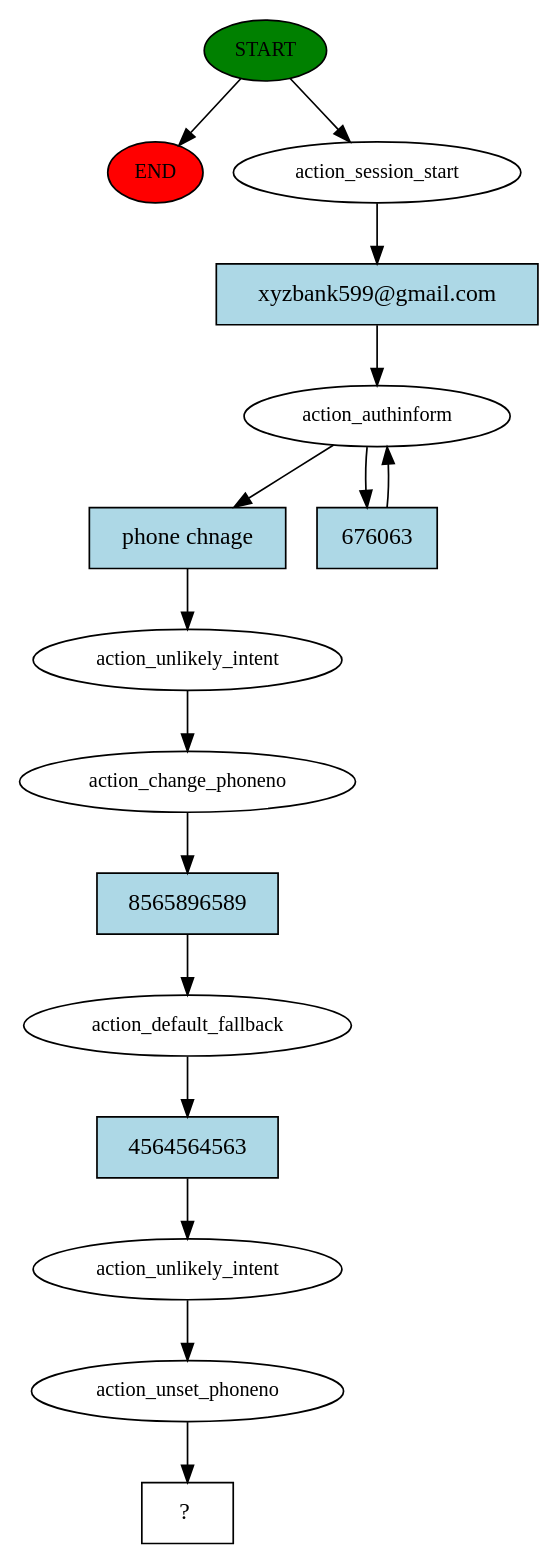
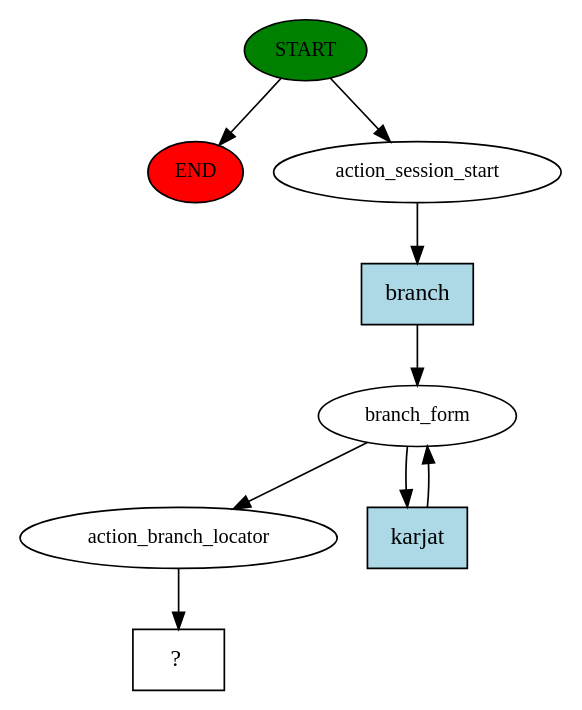
One commit to Atharv157/RasaDjangoChatbot changed the diagram in rasa/story_graph.dot. Above: the diagram before and after it, drawn with Graphviz. The commit also changed 13 other files, not shown here.

Commit message:
added branch locator

```diff
--- a/rasa/story_graph.dot
+++ b/rasa/story_graph.dot
@@ -1,32 +1,18 @@
 digraph  {
 0 [class="start active", fillcolor=green, fontsize=12, label=START, style=filled];
 "-1" [class=end, fillcolor=red, fontsize=12, label=END, style=filled];
 1 [class=active, fontsize=12, label=action_session_start];
-2 [class=active, fontsize=12, label=action_authinform];
-4 [class=active, fontsize=12, label=action_unlikely_intent];
-5 [class=active, fontsize=12, label=action_change_phoneno];
-6 [class=active, fontsize=12, label=action_default_fallback];
-7 [class=active, fontsize=12, label=action_unlikely_intent];
-8 [class=active, fontsize=12, label=action_unset_phoneno];
-9 [class="intent dashed active", label="  ?  ", shape=rect];
-10 [class="intent active", fillcolor=lightblue, label="xyzbank599@gmail.com", shape=rect, style=filled];
-11 [class="intent active", fillcolor=lightblue, label="phone chnage", shape=rect, style=filled];
-12 [class="intent active", fillcolor=lightblue, label=676063, shape=rect, style=filled];
-13 [class="intent active", fillcolor=lightblue, label=8565896589, shape=rect, style=filled];
-14 [class="intent active", fillcolor=lightblue, label=4564564563, shape=rect, style=filled];
+2 [class=active, fontsize=12, label=branch_form];
+4 [class=active, fontsize=12, label=action_branch_locator];
+5 [class="intent dashed active", label="  ?  ", shape=rect];
+6 [class="intent active", fillcolor=lightblue, label=branch, shape=rect, style=filled];
+7 [class="intent active", fillcolor=lightblue, label=karjat, shape=rect, style=filled];
 0 -> "-1"  [class="", key=NONE, label=""];
 0 -> 1  [class=active, key=NONE, label=""];
-1 -> 10  [class=active, key=0];
-2 -> 11  [class=active, key=0];
-2 -> 12  [class=active, key=0];
+1 -> 6  [class=active, key=0];
+2 -> 4  [class=active, key=NONE, label=""];
+2 -> 7  [class=active, key=0];
 4 -> 5  [class=active, key=NONE, label=""];
-5 -> 13  [class=active, key=0];
-6 -> 14  [class=active, key=0];
-7 -> 8  [class=active, key=NONE, label=""];
-8 -> 9  [class=active, key=NONE, label=""];
-10 -> 2  [class=active, key=0];
-11 -> 4  [class=active, key=0];
-12 -> 2  [class=active, key=0];
-13 -> 6  [class=active, key=0];
-14 -> 7  [class=active, key=0];
+6 -> 2  [class=active, key=0];
+7 -> 2  [class=active, key=0];
 }
```
